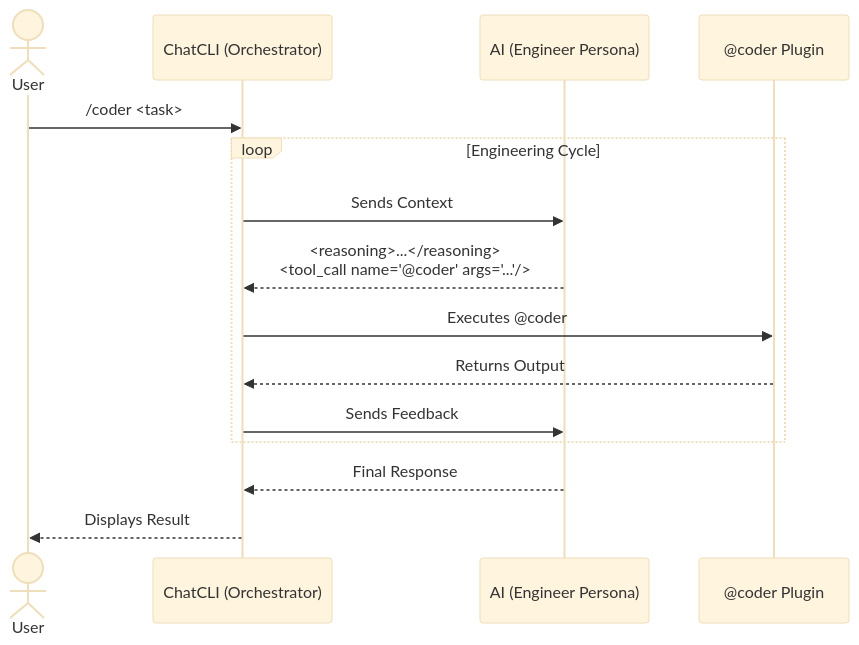
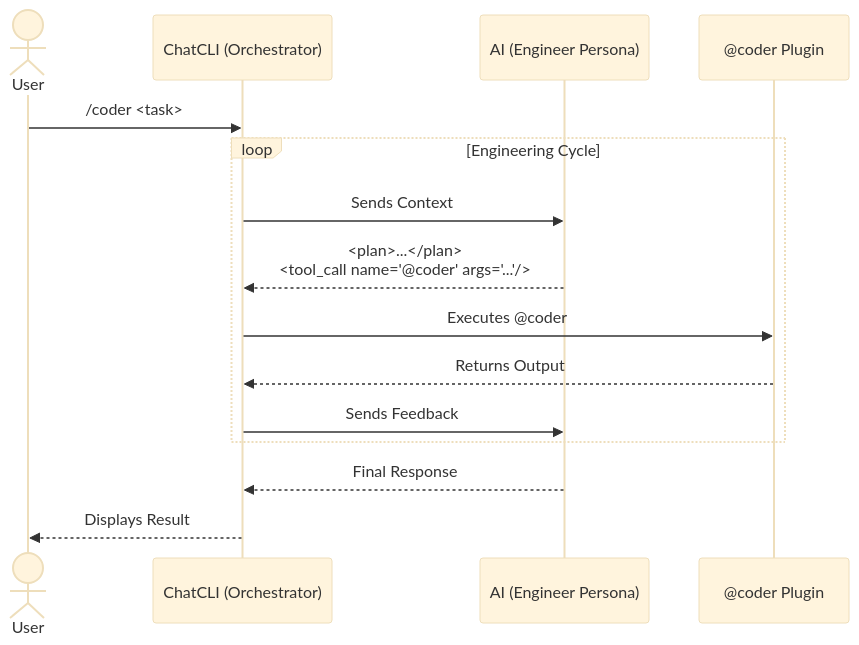
The diagram in core-concepts/coder-mode.mdx (diillson/chatcli.ai), drawn with Mermaid (base theme) before and after one commit. The commit also changed other lines of this file and 14 other files, not shown here.

Commit message:
docs(coder): the required block is <plan>; the <reasoning> spelling is still read

````diff
--- a/core-concepts/coder-mode.mdx
+++ b/core-concepts/coder-mode.mdx
@@ -29,20 +29,20 @@
 ```mermaid
 sequenceDiagram
     actor User as User
     participant CLI as ChatCLI (Orchestrator)
     participant LLM as AI (Engineer Persona)
     participant Plugin as @coder Plugin
 
     User->>CLI: /coder <task>
 
     loop Engineering Cycle
         CLI->>LLM: Sends Context
-        LLM-->>CLI: <reasoning>...</reasoning><br/><tool_call name="@coder" args="..."/>
+        LLM-->>CLI: <plan>...</plan><br/><tool_call name="@coder" args="..."/>
         CLI->>Plugin: Executes @coder
         Plugin-->>CLI: Returns Output
         CLI->>LLM: Sends Feedback
     end
 
     LLM-->>CLI: Final Response
     CLI-->>User: Displays Result
 ```
````
